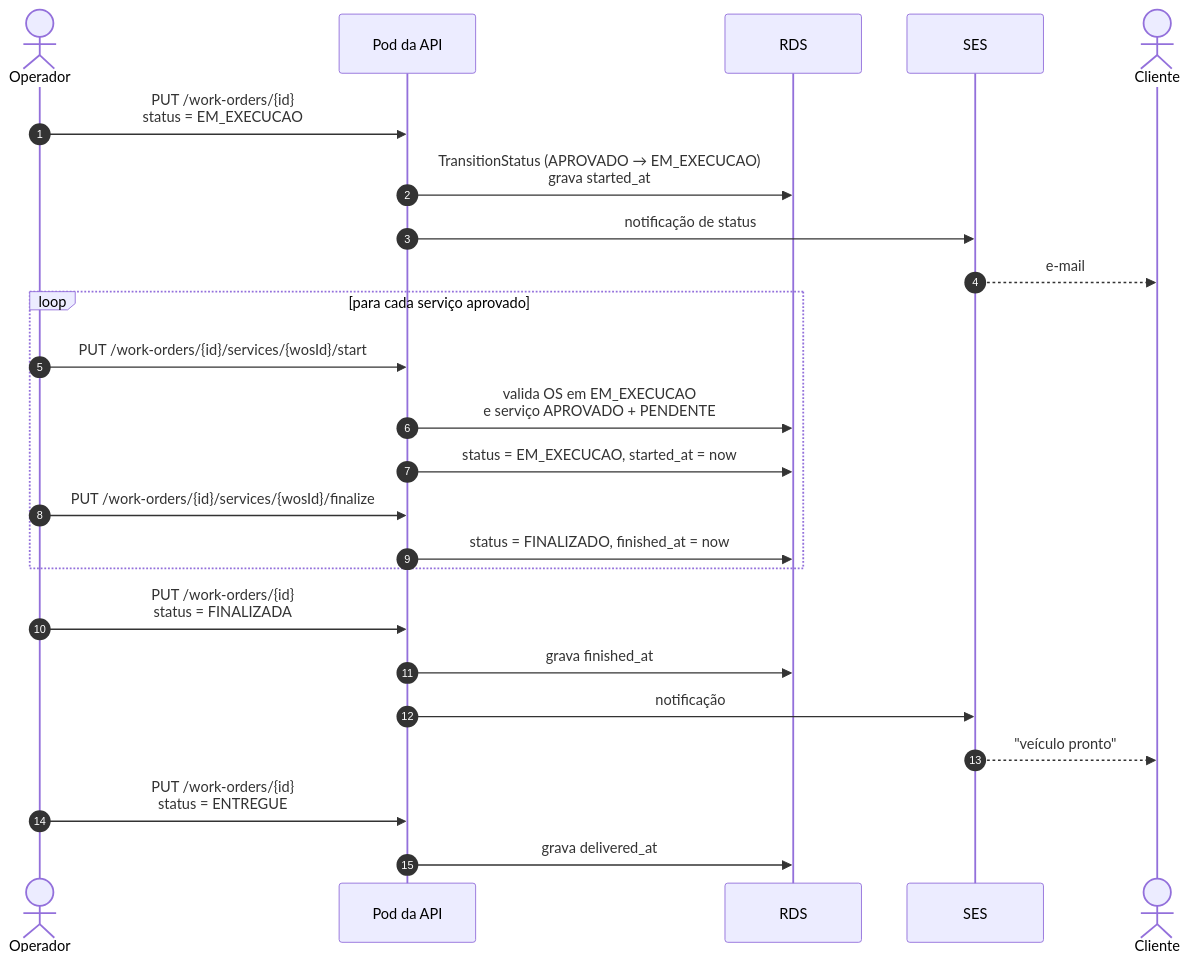
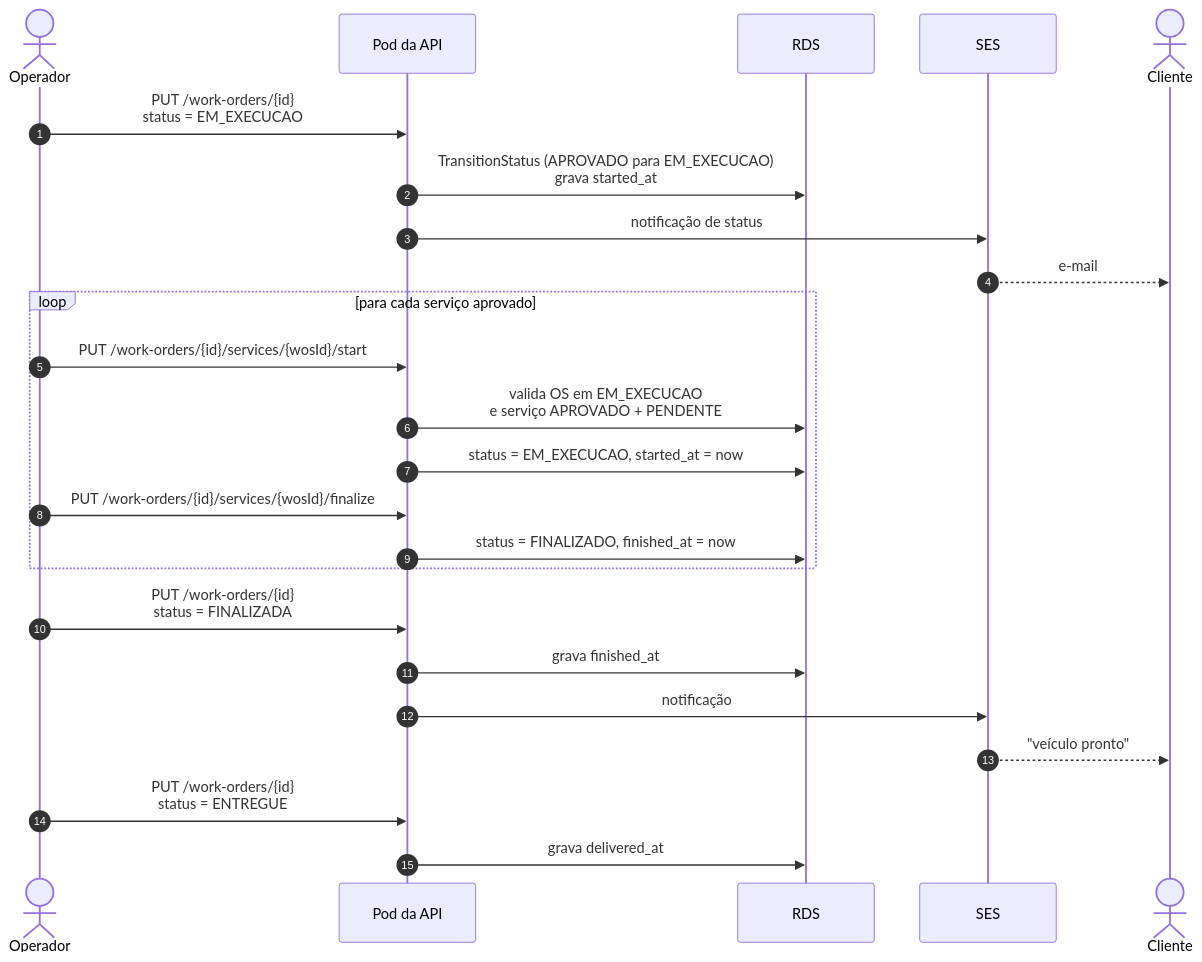
The fifth of 5 diagrams in docs/diagramas/sequencia-ordem-de-servico.md (SOAT-15-Oficina/oficina-mecanica-infrastructure), drawn with Mermaid before and after one commit. The commit also changed other lines of this file and 23 other files, not shown here.

````diff
--- a/docs/diagramas/sequencia-ordem-de-servico.md
+++ b/docs/diagramas/sequencia-ordem-de-servico.md
@@ -129,30 +143,30 @@
 ```mermaid
 sequenceDiagram
     autonumber
     actor OP as Operador
     participant API as Pod da API
     participant DB as RDS
     participant SES as SES
     actor CLI as Cliente
 
     OP->>API: PUT /work-orders/{id}<br/>status = EM_EXECUCAO
-    API->>DB: TransitionStatus (APROVADO → EM_EXECUCAO)<br/>grava started_at
+    API->>DB: TransitionStatus (APROVADO para EM_EXECUCAO)<br/>grava started_at
     API->>SES: notificação de status
     SES-->>CLI: e-mail
 
     loop para cada serviço aprovado
         OP->>API: PUT /work-orders/{id}/services/{wosId}/start
         API->>DB: valida OS em EM_EXECUCAO<br/>e serviço APROVADO + PENDENTE
         API->>DB: status = EM_EXECUCAO, started_at = now
         OP->>API: PUT /work-orders/{id}/services/{wosId}/finalize
         API->>DB: status = FINALIZADO, finished_at = now
     end
 
     OP->>API: PUT /work-orders/{id}<br/>status = FINALIZADA
     API->>DB: grava finished_at
     API->>SES: notificação
     SES-->>CLI: "veículo pronto"
 
     OP->>API: PUT /work-orders/{id}<br/>status = ENTREGUE
     API->>DB: grava delivered_at
 ```
````
